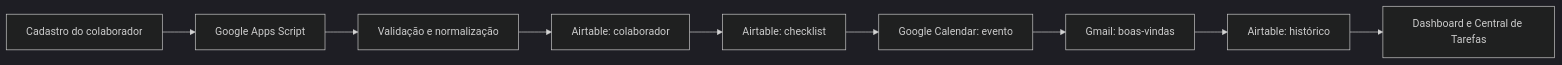
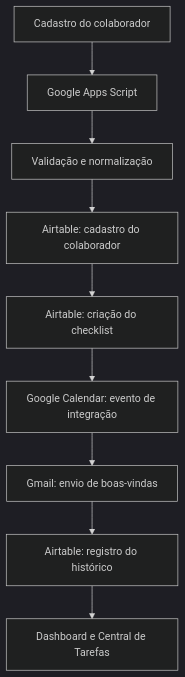
The diagram in README.md (AndyMarksss/OnboardFlow), drawn with Mermaid (dark theme) before and after one commit.

Commit message:
docs: ajusta fluxo de integração para orientação vertical

````diff
--- a/README.md
+++ b/README.md
@@ -61,11 +61,21 @@
 ```mermaid
-flowchart LR
-    A[Cadastro do colaborador] --> B[Google Apps Script]
-    B --> C[Validação e normalização]
-    C --> D[Airtable: colaborador]
-    D --> E[Airtable: checklist]
-    E --> F[Google Calendar: evento]
-    F --> G[Gmail: boas-vindas]
-    G --> H[Airtable: histórico]
-    H --> I[Dashboard e Central de Tarefas]
+flowchart TD
+    A[Cadastro do colaborador]
+    B[Google Apps Script]
+    C[Validação e normalização]
+    D[Airtable: cadastro do colaborador]
+    E[Airtable: criação do checklist]
+    F[Google Calendar: evento de integração]
+    G[Gmail: envio de boas-vindas]
+    H[Airtable: registro do histórico]
+    I[Dashboard e Central de Tarefas]
+
+    A --> B
+    B --> C
+    C --> D
+    D --> E
+    E --> F
+    F --> G
+    G --> H
+    H --> I
 ```
````
